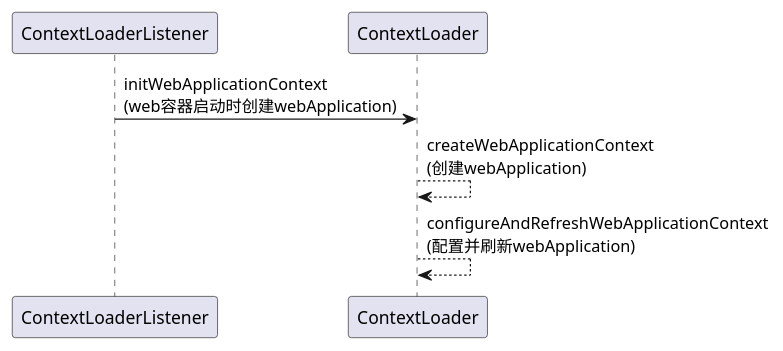
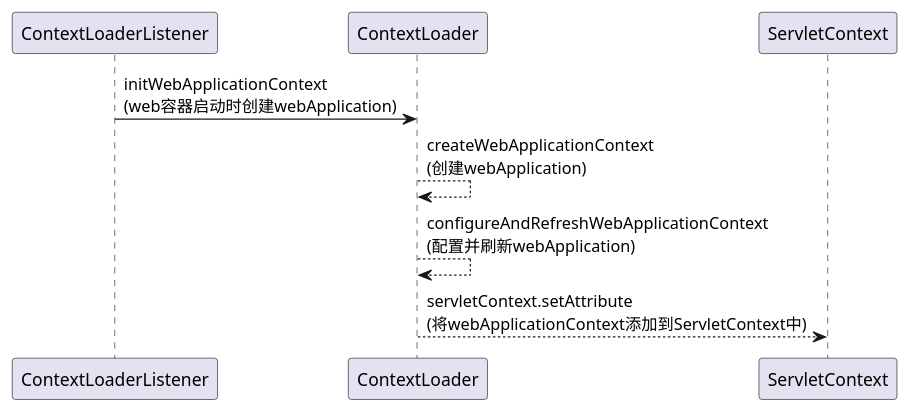
Before and after one commit to 011010110/spring-framework: the diagram in spring-note/plantuml/contextLoaderListenterInit.puml, drawn with PlantUML. The commit also changed 6 other files, not shown here.

```diff
--- a/spring-note/plantuml/contextLoaderListenterInit.puml
+++ b/spring-note/plantuml/contextLoaderListenterInit.puml
@@ -1,5 +1,6 @@
 @startuml
 ContextLoaderListener -> ContextLoader: initWebApplicationContext\n(web容器启动时创建webApplication)
 ContextLoader --> ContextLoader: createWebApplicationContext\n(创建webApplication)
 ContextLoader --> ContextLoader: configureAndRefreshWebApplicationContext\n(配置并刷新webApplication)
+ContextLoader --> ServletContext:servletContext.setAttribute\n(将webApplicationContext添加到ServletContext中)
 @enduml
```
